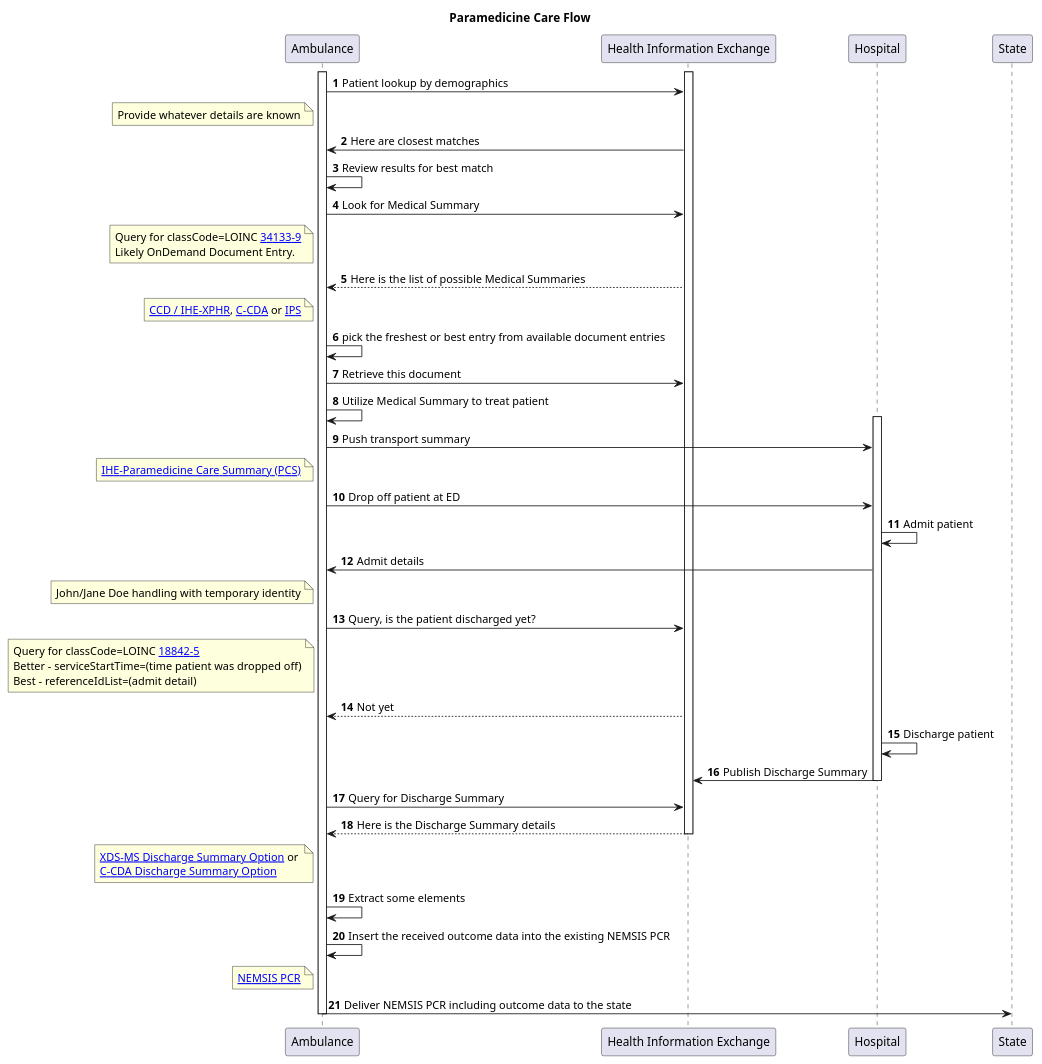
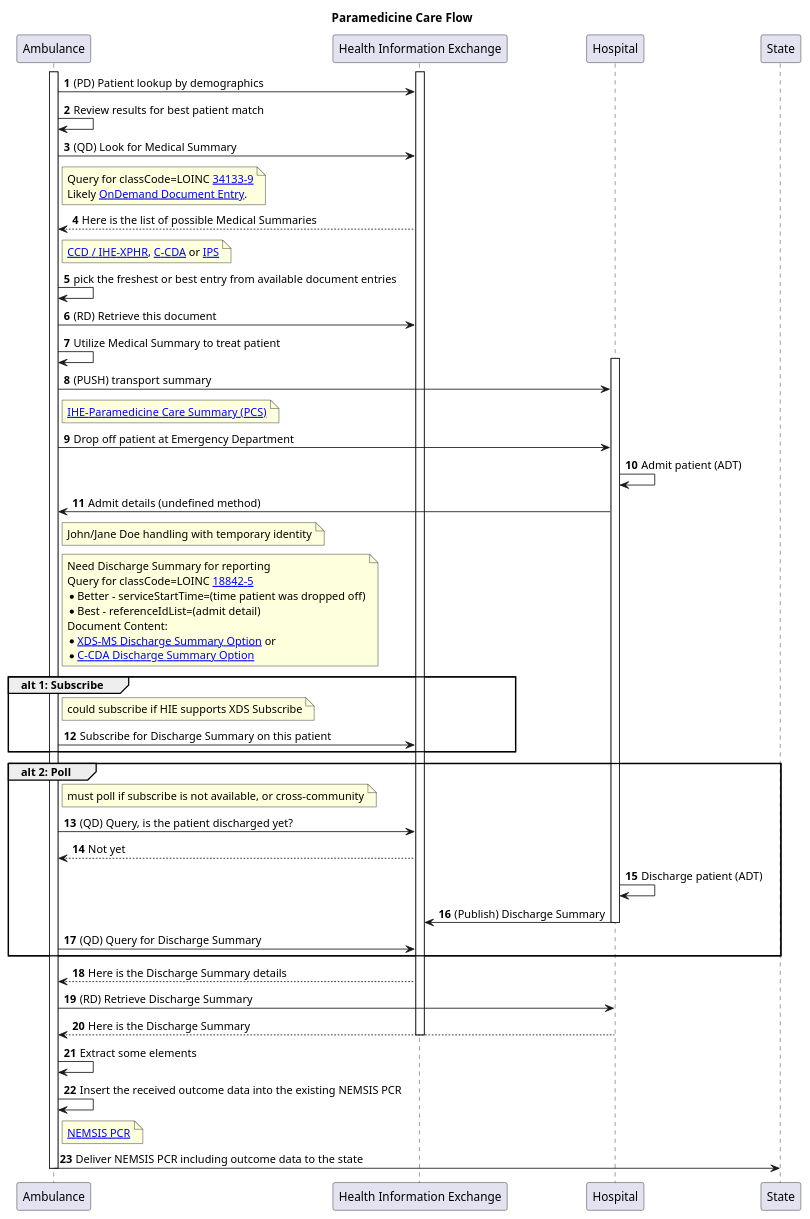
Before and after one commit to IHE/EMS-Overall: the diagram in input/images-source/usecase1-processflow.plantuml, drawn with PlantUML. The commit also changed 1 other file, not shown here.

```diff
--- a/input/images-source/usecase1-processflow.plantuml
+++ b/input/images-source/usecase1-processflow.plantuml
@@ -1,54 +1,61 @@
 @startuml
 skinparam svgDimensionStyle false
 title Paramedicine Care Flow
 participant "Ambulance" as Ambulance
 participant "Health Information Exchange" as HIE [[https://profiles.ihe.net/ITI/HIE-Whitepaper/index.html HIE-Whitepaper]]
 autonumber
 activate Ambulance
 activate HIE
-Ambulance -> HIE: Patient lookup by demographics
-Note left of Ambulance: Provide whatever details are known
-Ambulance <- HIE: Here are closest matches
-Ambulance -> Ambulance: Review results for best match
+Ambulance -> HIE: (PD) Patient lookup by demographics
+Ambulance -> Ambulance: Review results for best patient match
 
-Ambulance -> HIE: Look for Medical Summary
-Note left of Ambulance: Query for classCode=LOINC [[https://loinc.org/34133-9/ 34133-9]]\nLikely OnDemand Document Entry.
+Ambulance -> HIE: (QD) Look for Medical Summary
+Note right of Ambulance: Query for classCode=LOINC [[https://loinc.org/34133-9/ 34133-9]]\nLikely [[https://profiles.ihe.net/ITI/HIE-Whitepaper/index.html#212-dynamic-documents OnDemand Document Entry]].
 Ambulance <-- HIE: Here is the list of possible Medical Summaries
-Note left of Ambulance: [[https://www.ihe.net/uploadedFiles/Documents/PCC/IHE_PCC_TF_Vol1.pdf#nameddest=4_Exchange_of_Personal_Health_R CCD / IHE-XPHR]], [[https://www.hl7.org/ccdasearch/ C-CDA]] or [[https://hl7.org/fhir/uv/ips/ IPS]]
+Note right of Ambulance: [[https://www.ihe.net/uploadedFiles/Documents/PCC/IHE_PCC_TF_Vol1.pdf#nameddest=4_Exchange_of_Personal_Health_R CCD / IHE-XPHR]], [[https://www.hl7.org/ccdasearch/ C-CDA]] or [[https://hl7.org/fhir/uv/ips/ IPS]]
 Ambulance -> Ambulance: pick the freshest or best entry from available document entries
 
-Ambulance -> HIE: Retrieve this document
+Ambulance -> HIE: (RD) Retrieve this document
 Ambulance -> Ambulance: Utilize Medical Summary to treat patient
 
 activate Hospital
-Ambulance -> Hospital: Push transport summary 
-Note left of Ambulance: [[https://www.ihe.net//uploadedFiles/Documents/PCC/IHE_PCC_Suppl_PCS.pdf IHE-Paramedicine Care Summary (PCS)]]
+Ambulance -> Hospital: (PUSH) transport summary 
+Note right of Ambulance: [[https://www.ihe.net//uploadedFiles/Documents/PCC/IHE_PCC_Suppl_PCS.pdf IHE-Paramedicine Care Summary (PCS)]]
 
-Ambulance -> Hospital: Drop off patient at ED
+Ambulance -> Hospital: Drop off patient at Emergency Department
 
-Hospital-> Hospital: Admit patient
+Hospital-> Hospital: Admit patient (ADT)
 
-Hospital -> Ambulance: Admit details
-Note left of Ambulance: John/Jane Doe handling with temporary identity
+Hospital -> Ambulance: Admit details (undefined method)
+Note right of Ambulance: John/Jane Doe handling with temporary identity
 
-Ambulance -> HIE: Query, is the patient discharged yet? 
-Note left of Ambulance: Query for classCode=LOINC [[https://loinc.org/18842-5/ 18842-5]]\nBetter - serviceStartTime=(time patient was dropped off)\nBest - referenceIdList=(admit detail)
-Ambulance <-- HIE: Not yet
+Note right of Ambulance: Need Discharge Summary for reporting\nQuery for classCode=LOINC [[https://loinc.org/18842-5/ 18842-5]]\n* Better - serviceStartTime=(time patient was dropped off)\n* Best - referenceIdList=(admit detail)\nDocument Content:\n* [[https://www.ihe.net/uploadedFiles/Documents/PCC/IHE_PCC_TF_Vol1.pdf#nameddest=3_4_2_2_Discharge_Summary_Optio XDS-MS Discharge Summary Option]] or \n* [[https://www.hl7.org/ccdasearch/templates/2.16.840.1.113883.10.20.22.1.8.html C-CDA Discharge Summary Option]]
+group alt 1: Subscribe
+    Note right of Ambulance: could subscribe if HIE supports XDS Subscribe
+    Ambulance -> HIE: Subscribe for Discharge Summary on this patient 
+end group
+group alt 2: Poll
+    Note right of Ambulance: must poll if subscribe is not available, or cross-community
+    Ambulance -> HIE: (QD) Query, is the patient discharged yet? 
+    Ambulance <-- HIE: Not yet
 
-Hospital -> Hospital: Discharge patient
-Hospital -> HIE: Publish Discharge Summary
-deactivate Hospital
+    Hospital -> Hospital: Discharge patient (ADT)
+    Hospital -> HIE: (Publish) Discharge Summary
+    deactivate Hospital
 
-Ambulance -> HIE: Query for Discharge Summary
+    Ambulance -> HIE: (QD) Query for Discharge Summary
+end group
 Ambulance <-- HIE: Here is the Discharge Summary details
-Note left of Ambulance: [[https://www.ihe.net/uploadedFiles/Documents/PCC/IHE_PCC_TF_Vol1.pdf#nameddest=3_4_2_2_Discharge_Summary_Optio XDS-MS Discharge Summary Option]] or \n[[https://www.hl7.org/ccdasearch/templates/2.16.840.1.113883.10.20.22.1.8.html C-CDA Discharge Summary Option]]
+Ambulance -> Hospital: (RD) Retrieve Discharge Summary
+Ambulance <-- Hospital: Here is the Discharge Summary
 deactivate HIE
+
 
 Ambulance -> Ambulance: Extract some elements
 Ambulance -> Ambulance: Insert the received outcome data into the existing NEMSIS PCR
-Note left of Ambulance: [[https://nemsis.org/technical-resources NEMSIS PCR]]
+Note right of Ambulance: [[https://nemsis.org/technical-resources NEMSIS PCR]]
 Ambulance -> State: Deliver NEMSIS PCR including outcome data to the state
 
 deactivate Ambulance
 
 @enduml
```
